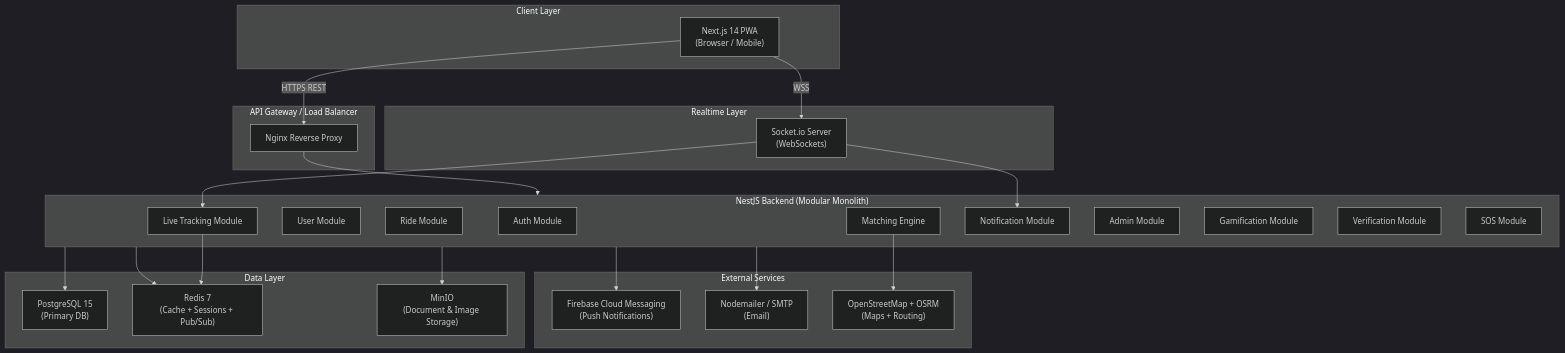
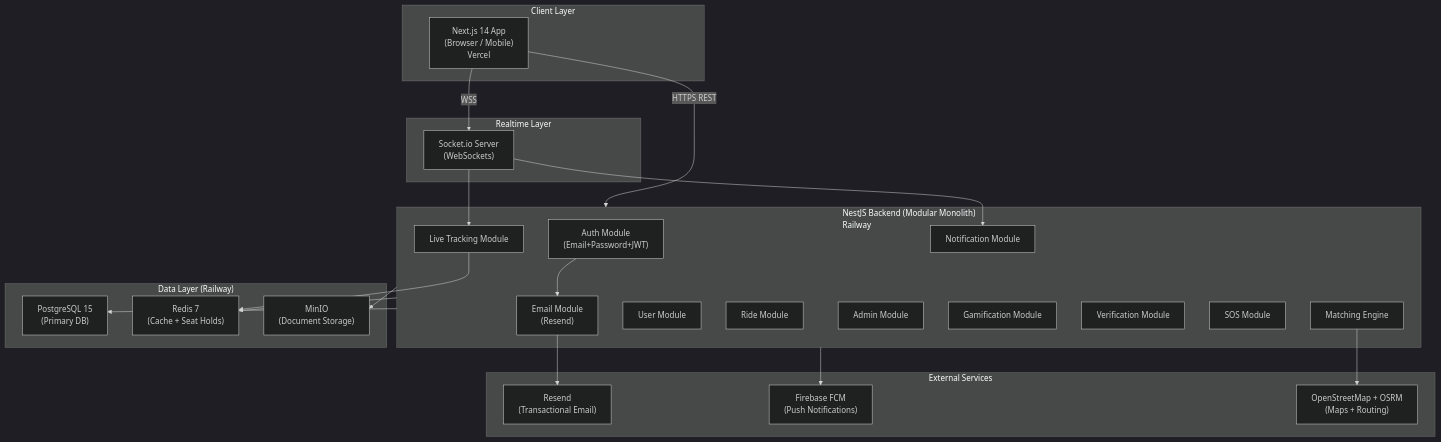
Before and after one commit to snrdigitalmarketingindia-web/techieride-webapp-v2: the first of 3 diagrams in 02-system-architecture/architecture.md, drawn with Mermaid (dark theme). The commit also changed other lines of this file and 5 other files, not shown here.

````diff
--- a/02-system-architecture/architecture.md
+++ b/02-system-architecture/architecture.md
@@ -11,52 +17,49 @@
 ```mermaid
 graph TB
     subgraph Client["Client Layer"]
-        PWA["Next.js 14 PWA\n(Browser / Mobile)"]
+        PWA["Next.js 14 App\n(Browser / Mobile)\nVercel"]
     end
 
-    subgraph Gateway["API Gateway / Load Balancer"]
-        NGINX["Nginx Reverse Proxy"]
-    end
-
-    subgraph Backend["NestJS Backend (Modular Monolith)"]
-        AUTH["Auth Module"]
+    subgraph Backend["NestJS Backend (Modular Monolith)\nRailway"]
+        AUTH["Auth Module\n(Email+Password+JWT)"]
+        EMAIL["Email Module\n(Resend)"]
         USER["User Module"]
         RIDE["Ride Module"]
         MATCH["Matching Engine"]
         TRACK["Live Tracking Module"]
         NOTIFY["Notification Module"]
         ADMIN["Admin Module"]
         GAMIFY["Gamification Module"]
         VERIFY["Verification Module"]
         SOS["SOS Module"]
     end
 
-    subgraph DataLayer["Data Layer"]
+    subgraph DataLayer["Data Layer (Railway)"]
         PG["PostgreSQL 15\n(Primary DB)"]
-        REDIS["Redis 7\n(Cache + Sessions + Pub/Sub)"]
-        MINIO["MinIO\n(Document & Image Storage)"]
+        REDIS["Redis 7\n(Cache + Seat Holds)"]
+        MINIO["MinIO\n(Document Storage)"]
     end
 
     subgraph External["External Services"]
-        FCM["Firebase Cloud Messaging\n(Push Notifications)"]
-        MAIL["Nodemailer / SMTP\n(Email)"]
+        RESEND["Resend\n(Transactional Email)"]
+        FCM["Firebase FCM\n(Push Notifications)"]
         OSM["OpenStreetMap + OSRM\n(Maps + Routing)"]
     end
 
     subgraph Realtime["Realtime Layer"]
         WS["Socket.io Server\n(WebSockets)"]
     end
 
-    PWA -->|HTTPS REST| NGINX
+    PWA -->|HTTPS REST| Backend
     PWA -->|WSS| WS
-    NGINX --> Backend
     WS --> TRACK
     WS --> NOTIFY
+    AUTH --> EMAIL
+    EMAIL --> RESEND
     Backend --> PG
     Backend --> REDIS
     Backend --> MINIO
     Backend --> FCM
-    Backend --> MAIL
     MATCH --> OSM
     TRACK --> REDIS
 ```
````
